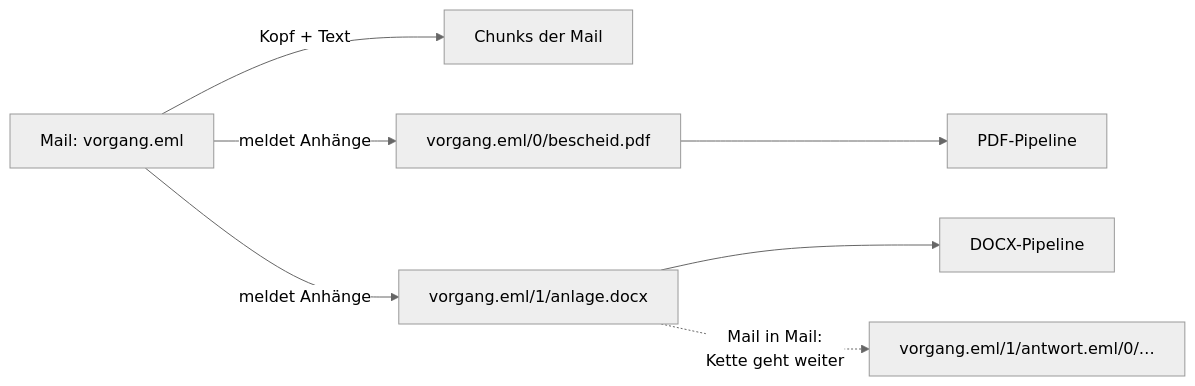
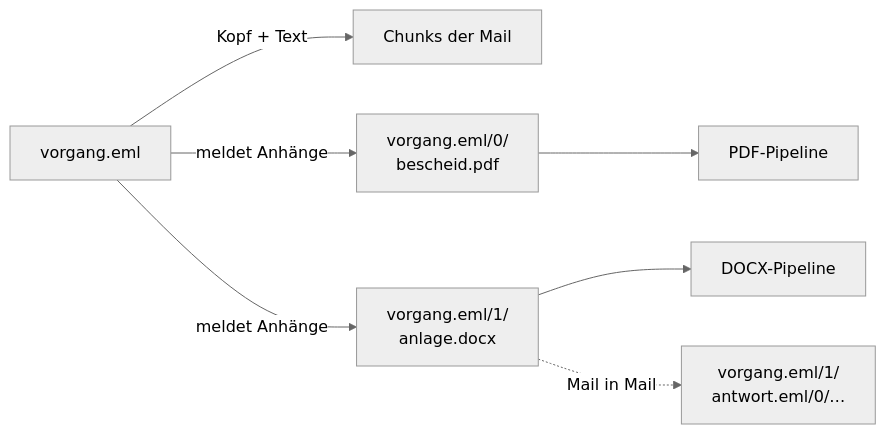
One commit to criew/opaa changed the fifth of 6 diagrams in docs/handbuch/wissensbibliotheken.md. Above: the diagram before and after it, drawn with Mermaid (neutral theme). The commit also changed other lines of this file and 11 other files, not shown here.

First line of the commit message:
docs(handbuch): Mermaid-Knoten mit kurzen Zeilen

````diff
--- a/docs/handbuch/wissensbibliotheken.md
+++ b/docs/handbuch/wissensbibliotheken.md
@@ -323,9 +323,9 @@
 ```mermaid
 flowchart LR
-    M[Mail: vorgang.eml] -->|Kopf + Text| MC[Chunks der Mail]
-    M -->|meldet Anhänge| A1[vorgang.eml/0/bescheid.pdf]
-    M -->|meldet Anhänge| A2[vorgang.eml/1/anlage.docx]
+    M[vorgang.eml] -->|Kopf + Text| MC[Chunks der Mail]
+    M -->|meldet Anhänge| A1[vorgang.eml/0/<br/>bescheid.pdf]
+    M -->|meldet Anhänge| A2[vorgang.eml/1/<br/>anlage.docx]
     A1 --> P1[PDF-Pipeline]
     A2 --> P2[DOCX-Pipeline]
-    A2 -.->|Mail in Mail:<br/>Kette geht weiter| A3[vorgang.eml/1/antwort.eml/0/…]
+    A2 -.->|Mail in Mail| A3[vorgang.eml/1/<br/>antwort.eml/0/…]
 ```
````
